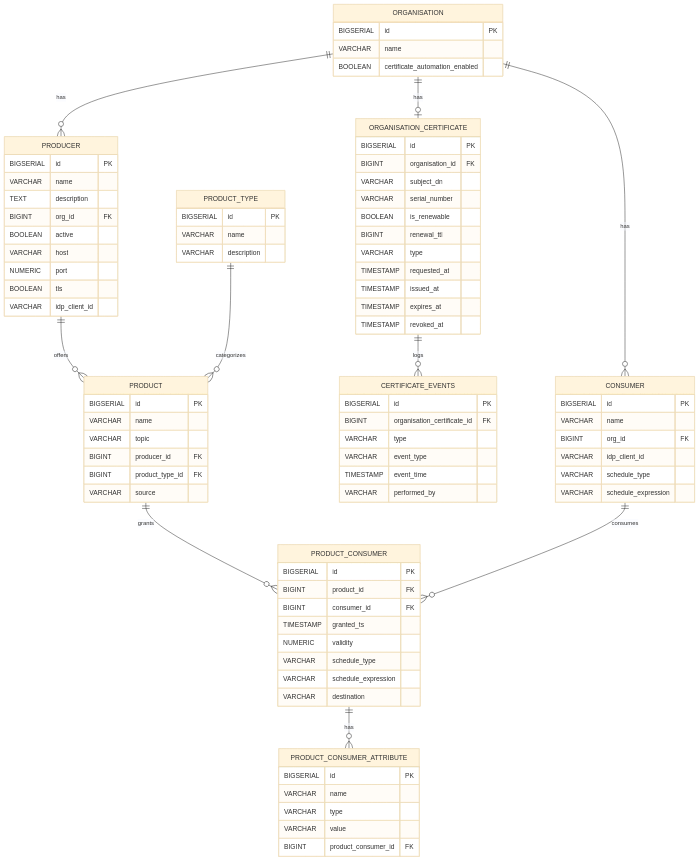
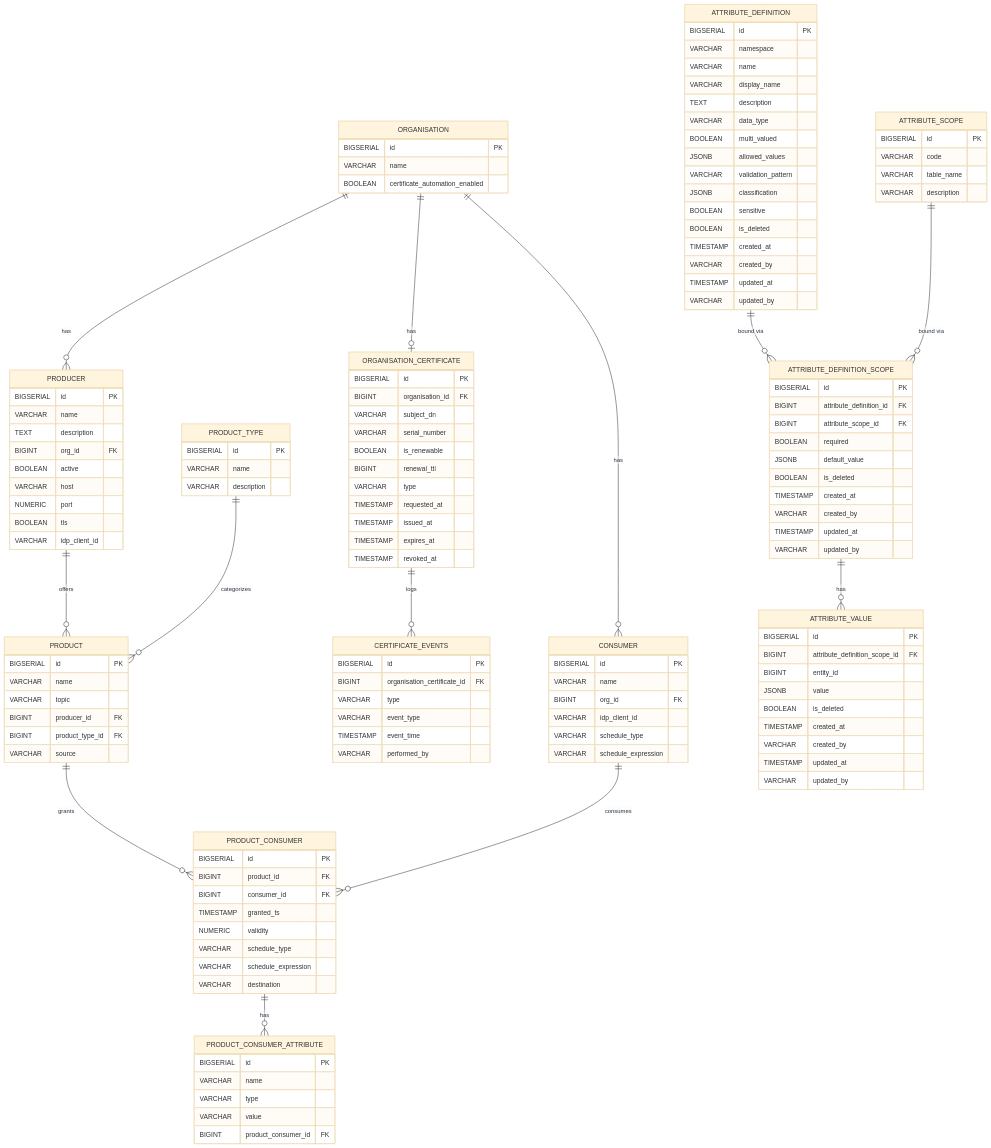
The diagram in docs/DATABASE_SCHEMA.md (National-Digital-Twin/management-node), drawn with Mermaid (base theme) before and after one commit. The commit also changed other lines of this file, not shown here.

First line of the commit message:
docs(schema): document policy attribute schema tables

````diff
--- a/docs/DATABASE_SCHEMA.md
+++ b/docs/DATABASE_SCHEMA.md
@@ -39,6 +39,9 @@
   CONSUMER ||--o{ PRODUCT_CONSUMER : consumes
   PRODUCT_CONSUMER ||--o{ PRODUCT_CONSUMER_ATTRIBUTE : has
   PRODUCT_TYPE ||--o{ PRODUCT : categorizes
+  ATTRIBUTE_DEFINITION ||--o{ ATTRIBUTE_DEFINITION_SCOPE : "bound via"
+  ATTRIBUTE_SCOPE ||--o{ ATTRIBUTE_DEFINITION_SCOPE : "bound via"
+  ATTRIBUTE_DEFINITION_SCOPE ||--o{ ATTRIBUTE_VALUE : has
 
   ORGANISATION {
     BIGSERIAL id PK
@@ -116,4 +119,51 @@
     TIMESTAMP event_time
     VARCHAR performed_by
   }
+  ATTRIBUTE_SCOPE {
+    BIGSERIAL id PK
+    VARCHAR code
+    VARCHAR table_name
+    VARCHAR description
+  }
+  ATTRIBUTE_DEFINITION {
+    BIGSERIAL id PK
+    VARCHAR namespace
+    VARCHAR name
+    VARCHAR display_name
+    TEXT description
+    VARCHAR data_type
+    BOOLEAN multi_valued
+    JSONB allowed_values
+    VARCHAR validation_pattern
+    JSONB classification
+    BOOLEAN sensitive
+    BOOLEAN is_deleted
+    TIMESTAMP created_at
+    VARCHAR created_by
+    TIMESTAMP updated_at
+    VARCHAR updated_by
+  }
+  ATTRIBUTE_DEFINITION_SCOPE {
+    BIGSERIAL id PK
+    BIGINT attribute_definition_id FK
+    BIGINT attribute_scope_id FK
+    BOOLEAN required
+    JSONB default_value
+    BOOLEAN is_deleted
+    TIMESTAMP created_at
+    VARCHAR created_by
+    TIMESTAMP updated_at
+    VARCHAR updated_by
+  }
+  ATTRIBUTE_VALUE {
+    BIGSERIAL id PK
+    BIGINT attribute_definition_scope_id FK
+    BIGINT entity_id
+    JSONB value
+    BOOLEAN is_deleted
+    TIMESTAMP created_at
+    VARCHAR created_by
+    TIMESTAMP updated_at
+    VARCHAR updated_by
+  }
 ```
````
